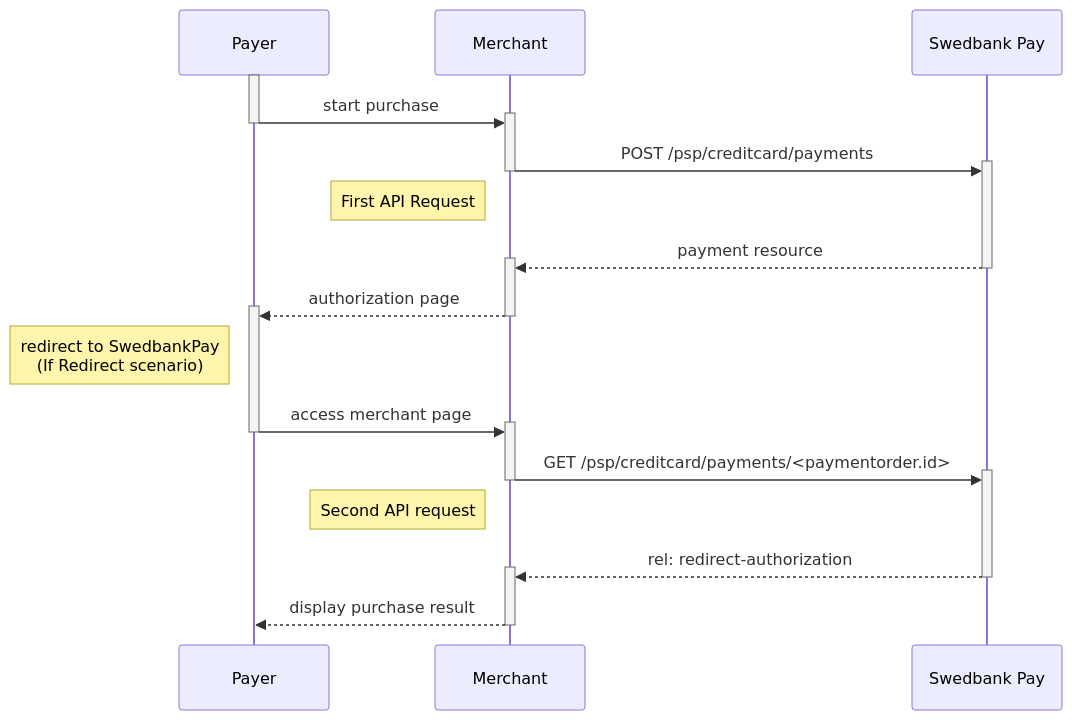
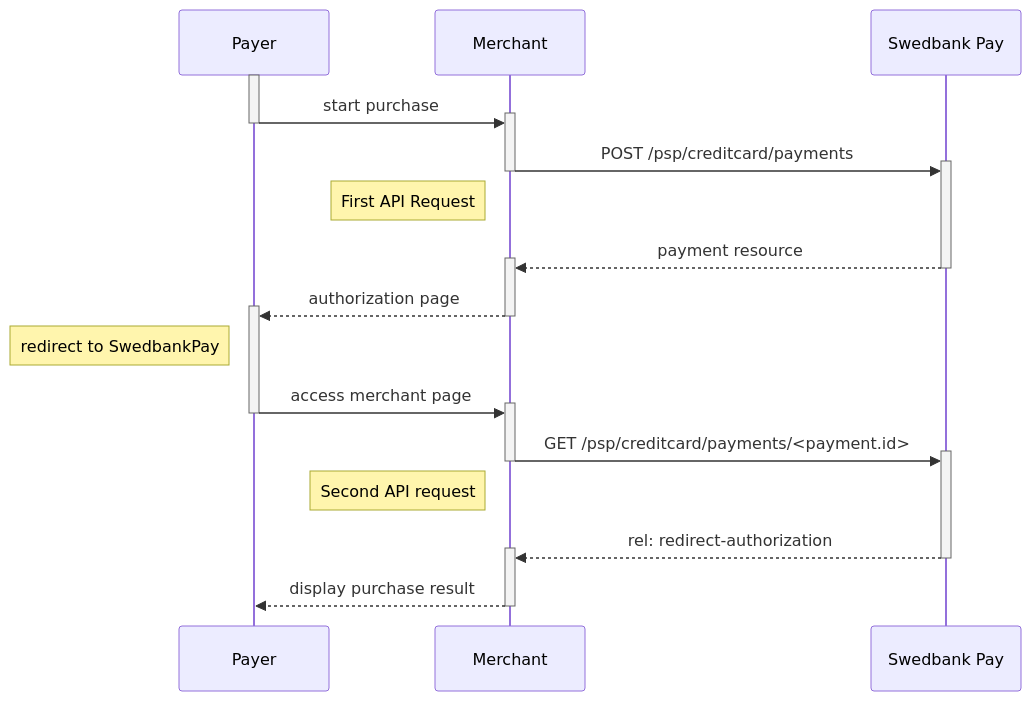
The third of 4 diagrams in payments/credit-card/redirect.md (SwedbankPay/developer.swedbankpay.com), drawn with Mermaid before and after one commit. The commit also changed other lines of this file, not shown here.

Commit message:
fixed GET request in sequence diagram and added abbreviated code examples and tables

````diff
--- a/payments/credit-card/redirect.md
+++ b/payments/credit-card/redirect.md
@@ -293,26 +497,26 @@
 ```mermaid
 sequenceDiagram
     participant Payer
     participant Merchant
     participant SwedbankPay as Swedbank Pay
 
     activate Payer
     Payer->>+Merchant: start purchase
     deactivate Payer
     Merchant->>+SwedbankPay: POST /psp/creditcard/payments
     deactivate Merchant
     note left of Merchant: First API Request
     SwedbankPay-->>+Merchant: payment resource
     deactivate SwedbankPay
     Merchant-->>+Payer: authorization page
     deactivate Merchant
-    note left of Payer: redirect to SwedbankPay<br>(If Redirect scenario)
+    note left of Payer: redirect to SwedbankPay
     Payer->>+Merchant: access merchant page
     deactivate Payer
-    Merchant->>+SwedbankPay: GET /psp/creditcard/payments/<paymentorder.id>
+    Merchant->>+SwedbankPay: GET /psp/creditcard/payments/<payment.id>
     deactivate Merchant
     note left of Merchant: Second API request
     SwedbankPay-->>+Merchant: rel: redirect-authorization
     deactivate SwedbankPay
     Merchant-->>-Payer: display purchase result
 ```
````
